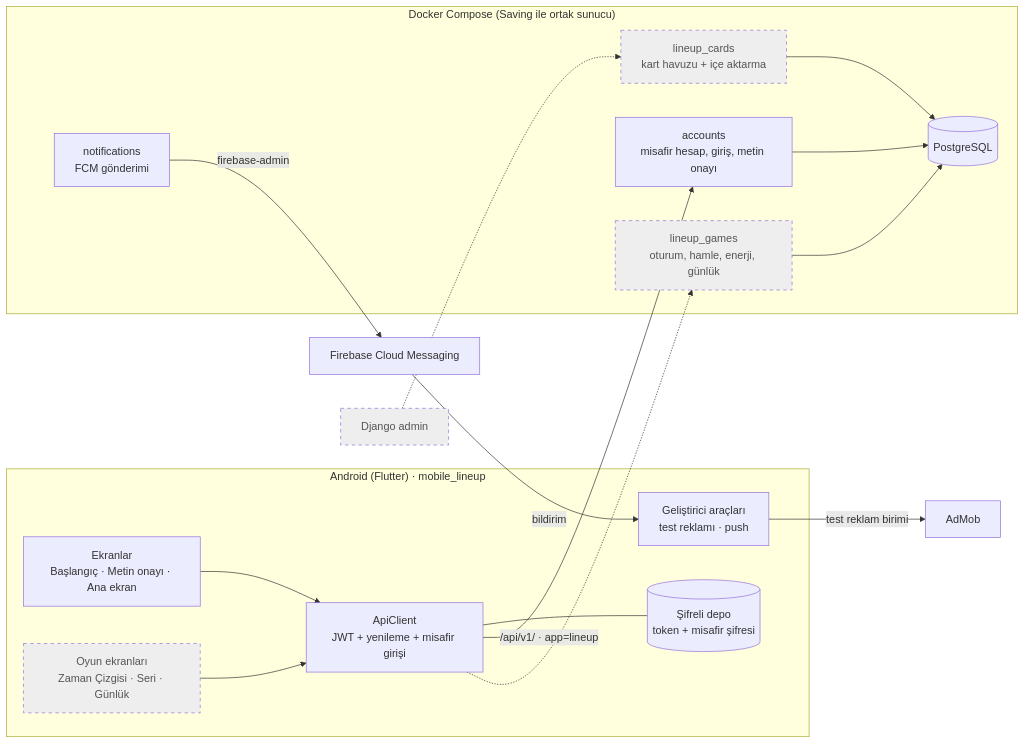
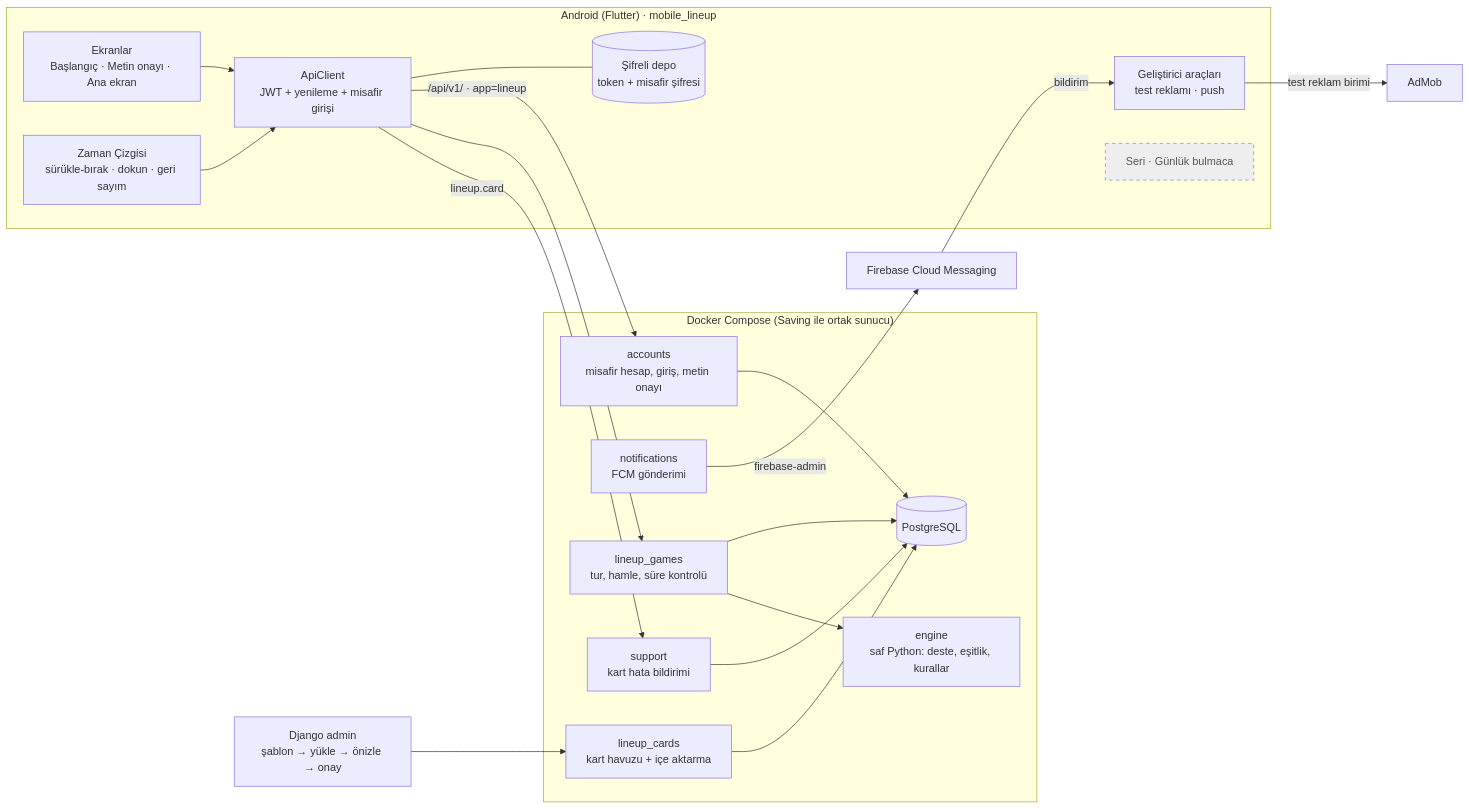
One commit to anilcelik0/saving changed the first of 4 diagrams in docs/FLOW_lineup.md. Above: the diagram before and after it, drawn with Mermaid. The commit also changed other lines of this file and 9 other files, not shown here.

Commit message:
[lineup] Timeline screen: tap or drag (auto-scroll) onto a gap, countdown, result banner + haptics, card error report

````diff
--- a/docs/FLOW_lineup.md
+++ b/docs/FLOW_lineup.md
@@ -12,34 +12,40 @@
 ```mermaid
 flowchart LR
     subgraph Mobil["Android (Flutter) · mobile_lineup"]
         UI[Ekranlar<br/>Başlangıç · Metin onayı · Ana ekran]
         DEV[Geliştirici araçları<br/>test reklamı · push]
-        MODES[Oyun ekranları<br/>Zaman Çizgisi · Seri · Günlük]
+        MODES[Zaman Çizgisi<br/>sürükle-bırak · dokun · geri sayım]
+        LATER[Seri · Günlük bulmaca]
         API[ApiClient<br/>JWT + yenileme + misafir girişi]
         STORE[(Şifreli depo<br/>token + misafir şifresi)]
         UI --> API
         MODES --> API
         API --- STORE
     end
 
     subgraph Sunucu["Docker Compose (Saving ile ortak sunucu)"]
         ACC[accounts<br/>misafir hesap, giriş, metin onayı]
         NOTIF[notifications<br/>FCM gönderimi]
         CARDS[lineup_cards<br/>kart havuzu + içe aktarma]
-        GAMES[lineup_games<br/>oturum, hamle, enerji, günlük]
+        GAMES[lineup_games<br/>tur, hamle, süre kontrolü]
+        ENGINE[engine<br/>saf Python: deste, eşitlik, kurallar]
+        SUP[support<br/>kart hata bildirimi]
         DB[(PostgreSQL)]
         ACC --> DB
         CARDS --> DB
         GAMES --> DB
+        GAMES --> ENGINE
+        SUP --> DB
     end
 
     API -->|/api/v1/ · app=lineup| ACC
-    API -.-> GAMES
+    API --> GAMES
+    API -->|lineup.card| SUP
     NOTIF -->|firebase-admin| FCM[Firebase Cloud Messaging]
     FCM -->|bildirim| DEV
     DEV -->|test reklam birimi| ADMOB[AdMob]
-    ADM[Django admin] -.-> CARDS
+    ADM[Django admin<br/>şablon → yükle → önizle → onay] --> CARDS
 
     classDef planned stroke-dasharray: 5 5,fill:#eee,color:#555
-    class MODES,CARDS,GAMES,ADM planned
+    class LATER planned
 ```
````
